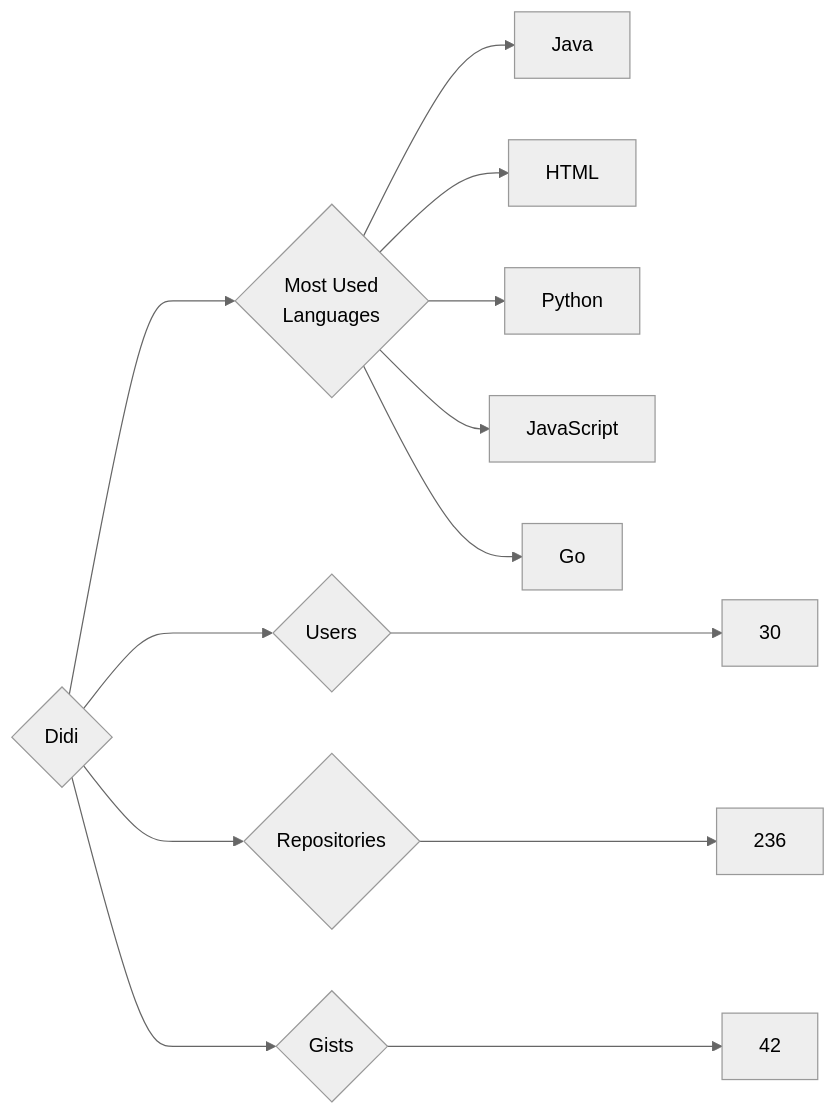
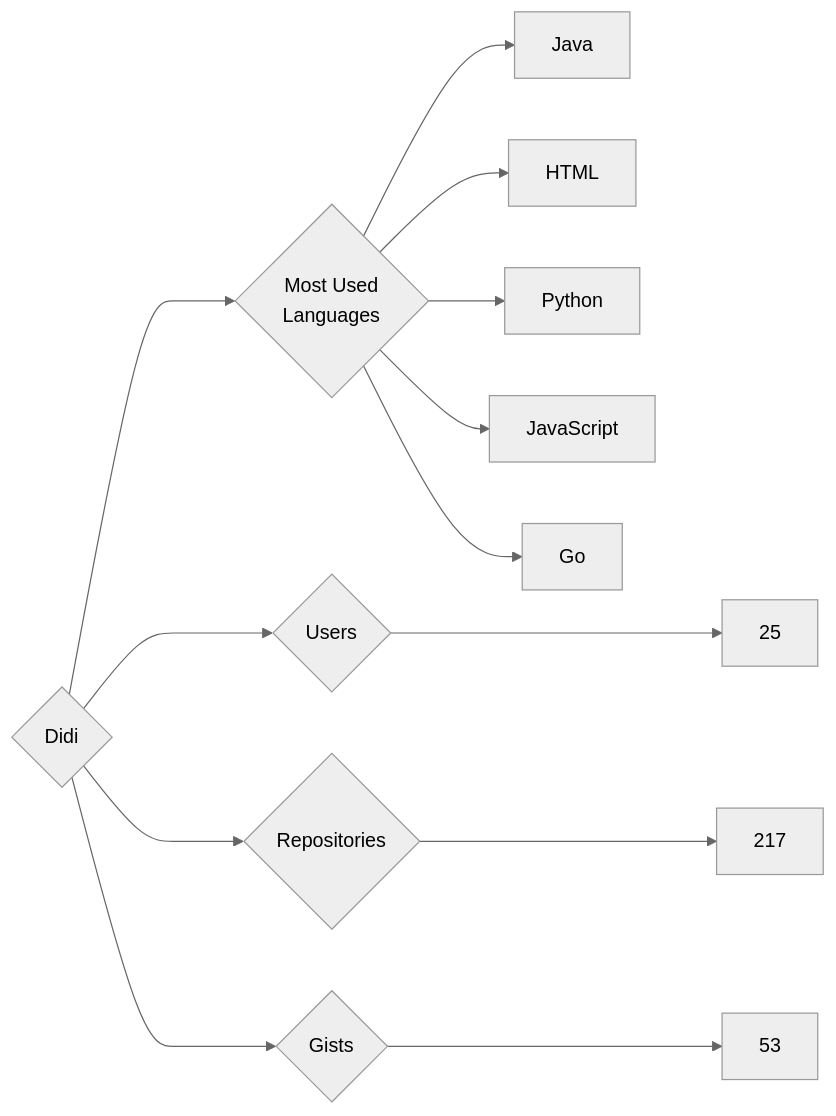
One commit to trickest/insiders changed the diagram in targets/Didi/README.md. Above: the diagram before and after it, drawn with Mermaid (neutral theme). The commit also changed 837 other files, not shown here.

````diff
--- a/targets/Didi/README.md
+++ b/targets/Didi/README.md
@@ -3,13 +3,13 @@
 ```mermaid
 graph LR
 COMPANY_NAME{Didi}
-COMPANY_NAME ---> U{Users} ---> UN[30]
-COMPANY_NAME ---> R{Repositories} ---> RN[236]
-COMPANY_NAME ---> G{Gists} ---> GN[42]
+COMPANY_NAME ---> U{Users} ---> UN[25]
+COMPANY_NAME ---> R{Repositories} ---> RN[217]
+COMPANY_NAME ---> G{Gists} ---> GN[53]
 COMPANY_NAME ---> ML{Most Used<br>Languages}
 ML --> Java[Java]
 ML --> HTML[HTML]
 ML --> Python[Python]
 ML --> JavaScript[JavaScript]
 ML --> Go[Go]
 ```
````
